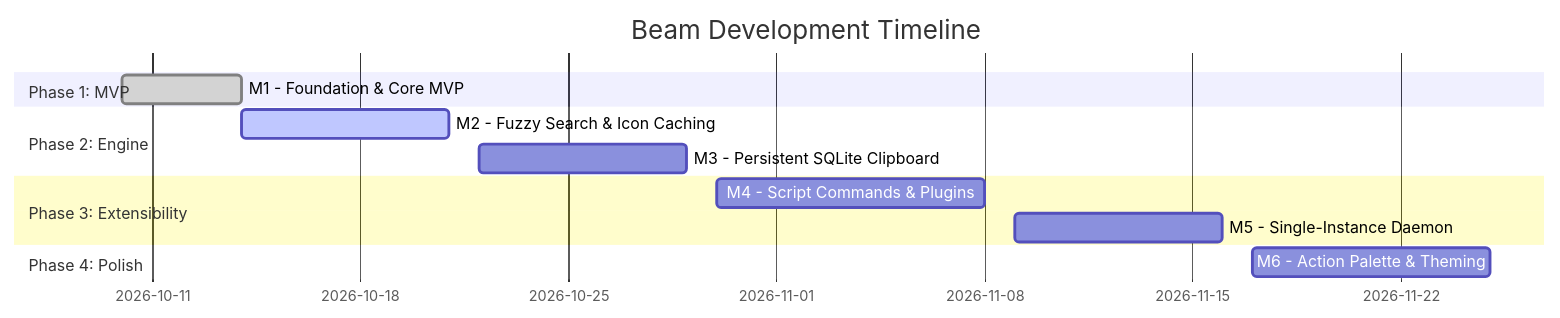
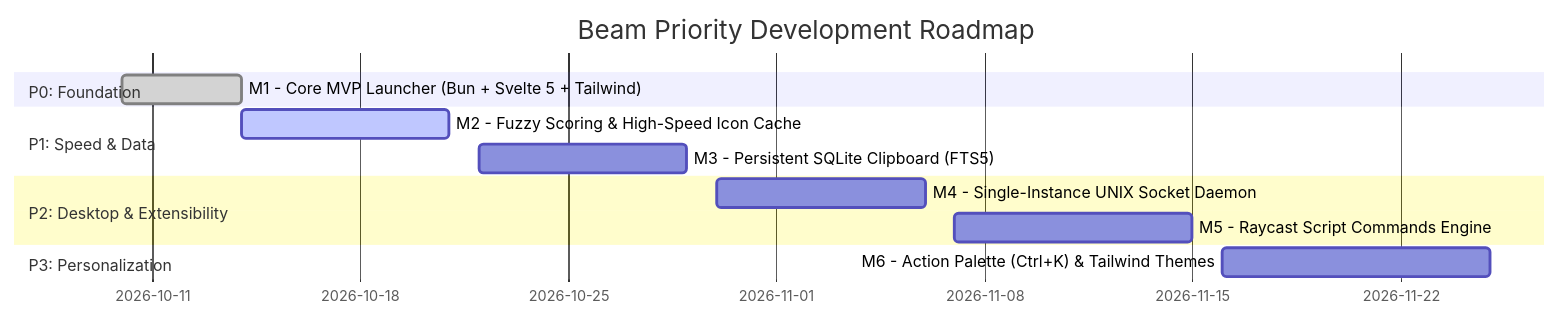
The diagram in docs/milestones.md (codesdilkhush/beam), drawn with Mermaid before and after one commit. The commit also changed other lines of this file and 12 other files, not shown here.

Commit message:
feat: migrate to Bun, Tailwind CSS v4, and priority-based architecture docs

````diff
--- a/docs/milestones.md
+++ b/docs/milestones.md
@@ -5,15 +5,15 @@
 ```mermaid
 gantt
-    title Beam Development Timeline
+    title Beam Priority Development Roadmap
     dateFormat  YYYY-MM-DD
-    section Phase 1: MVP
-    M1 - Foundation & Core MVP        :done, m1, 2026-10-10, 2026-10-14
-    section Phase 2: Engine
-    M2 - Fuzzy Search & Icon Caching  :active, m2, 2026-10-14, 2026-10-21
-    M3 - Persistent SQLite Clipboard  :m3, 2026-10-22, 2026-10-29
-    section Phase 3: Extensibility
-    M4 - Script Commands & Plugins    :m4, 2026-10-30, 2026-11-08
-    M5 - Single-Instance Daemon       :m5, 2026-11-09, 2026-11-16
-    section Phase 4: Polish
-    M6 - Action Palette & Theming     :m6, 2026-11-17, 2026-11-25
+    section P0: Foundation
+    M1 - Core MVP Launcher (Bun + Svelte 5 + Tailwind) :done, m1, 2026-10-10, 2026-10-14
+    section P1: Speed & Data
+    M2 - Fuzzy Scoring & High-Speed Icon Cache         :active, m2, 2026-10-14, 2026-10-21
+    M3 - Persistent SQLite Clipboard (FTS5)             :m3, 2026-10-22, 2026-10-29
+    section P2: Desktop & Extensibility
+    M4 - Single-Instance UNIX Socket Daemon             :m4, 2026-10-30, 2026-11-06
+    M5 - Raycast Script Commands Engine                 :m5, 2026-11-07, 2026-11-15
+    section P3: Personalization
+    M6 - Action Palette (Ctrl+K) & Tailwind Themes      :m6, 2026-11-16, 2026-11-25
 ```
````
